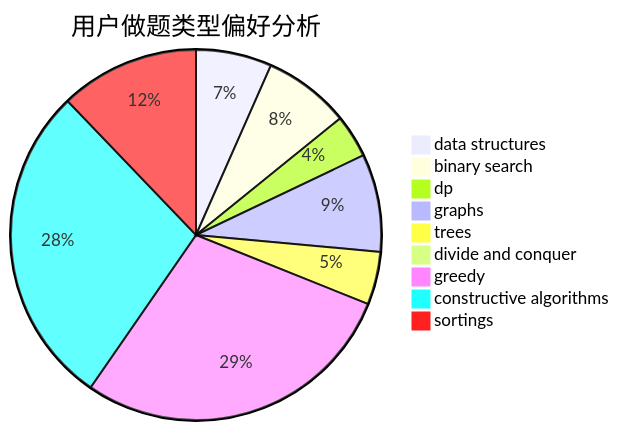
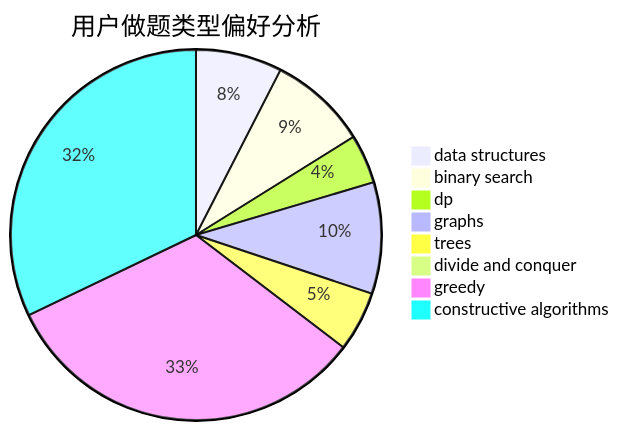
Before and after one commit to sherpahu/cfrs.github.io: the second of 3 diagrams in docs/user/u64.md, drawn with Mermaid. The commit also changed other lines of this file and 2769 other files, not shown here.

````diff
--- a/docs/user/u64.md
+++ b/docs/user/u64.md
@@ -18,12 +18,11 @@
 ```mermaid
 pie title 用户做题类型偏好分析
     "data structures" :  155
     "binary search" :  177
     "dp" :  88
     "graphs" :  200
     "trees" :  108
     "divide and conquer" :  0
     "greedy" :  669
     "constructive algorithms" :  661
-    "sortings" :  285
 ```
````
